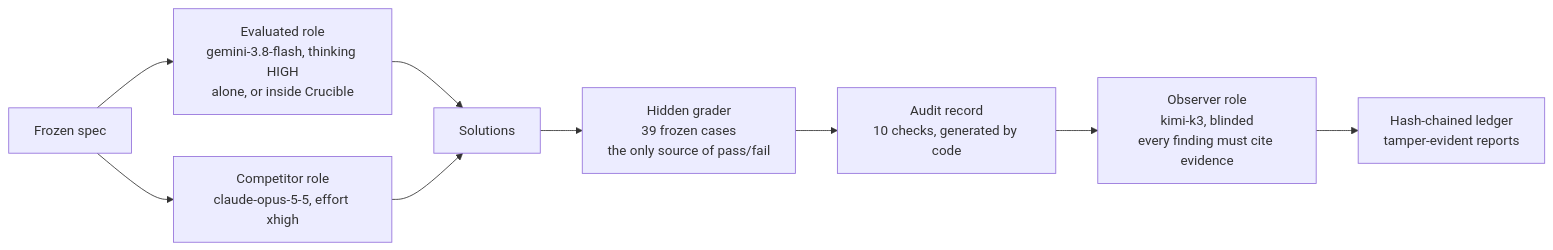
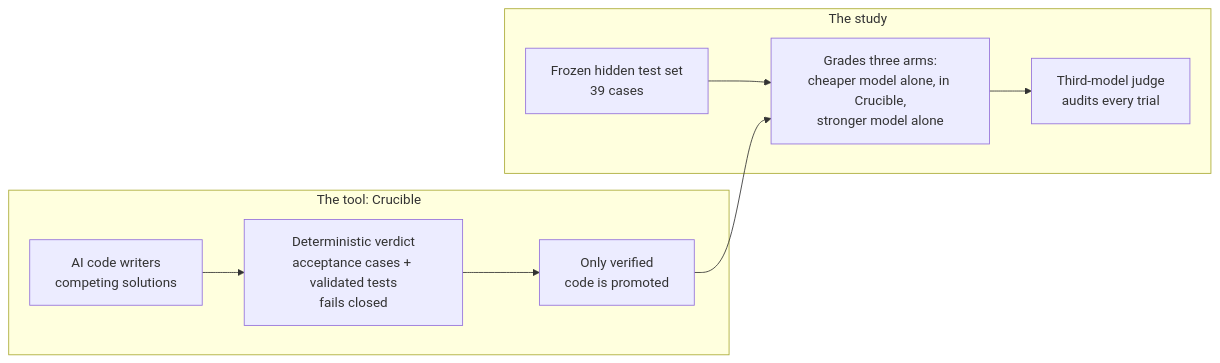
One commit to WrdCstlg/crucible-Sept changed the diagram in README.md. Above: the diagram before and after it, drawn with Mermaid. The commit also changed other lines of this file and 4 other files, not shown here.

First line of the commit message:
Reframe as tool plus study; executive-summary README, marked work in progress

````diff
--- a/README.md
+++ b/README.md
@@ -145,11 +54,12 @@
 ```mermaid
 flowchart LR
-    SPEC["Frozen spec"] --> EV["Evaluated role<br/>gemini-3.8-flash, thinking HIGH<br/>alone, or inside Crucible"]
-    SPEC --> CO["Competitor role<br/>claude-opus-5-5, effort xhigh"]
-    EV --> SOL["Solutions"]
-    CO --> SOL
-    SOL --> GR["Hidden grader<br/>39 frozen cases<br/>the only source of pass/fail"]
-    GR --> AUD["Audit record<br/>10 checks, generated by code"]
-    AUD --> OB["Observer role<br/>kimi-k3, blinded<br/>every finding must cite evidence"]
-    OB --> LED["Hash-chained ledger<br/>tamper-evident reports"]
+    subgraph TOOL["The tool: Crucible"]
+        W["AI code writers<br/>competing solutions"] --> V["Deterministic verdict<br/>acceptance cases + validated tests<br/>fails closed"]
+        V --> PR["Only verified<br/>code is promoted"]
+    end
+    subgraph STUDY["The study"]
+        H["Frozen hidden test set<br/>39 cases"] --> G["Grades three arms:<br/>cheaper model alone, in Crucible,<br/>stronger model alone"]
+        G --> J["Third-model judge<br/>audits every trial"]
+    end
+    PR --> G
 ```
````
